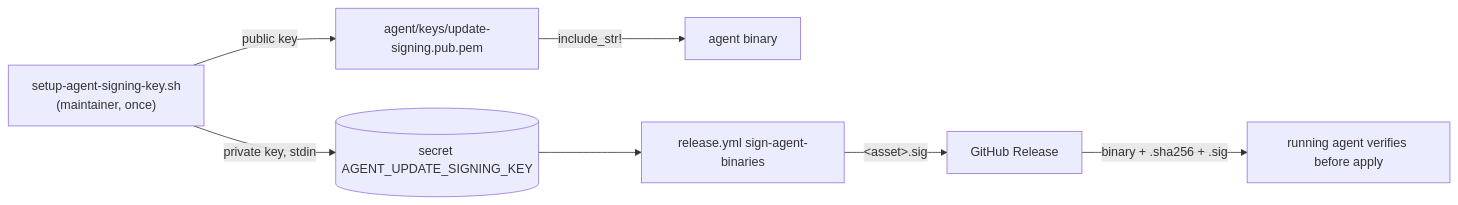
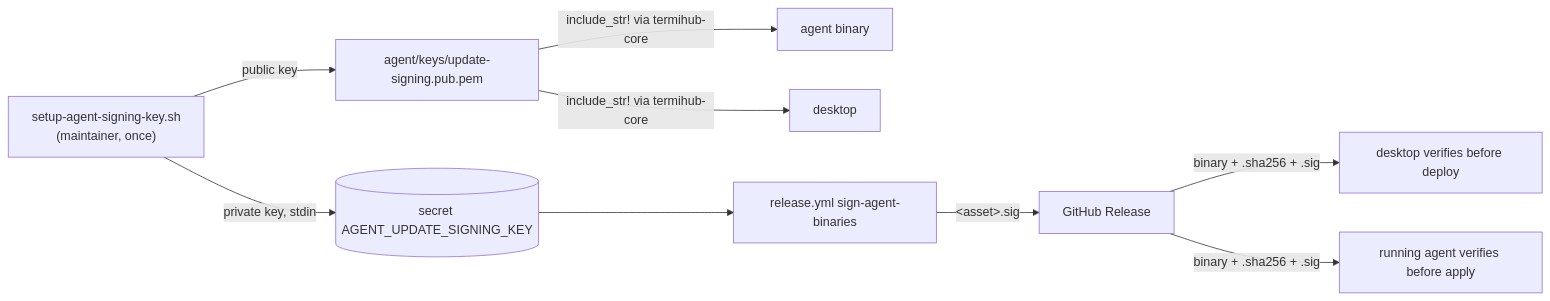
One commit to armaxri/termiHub changed the diagram in docs/contributing.md. Above: the diagram before and after it, drawn with Mermaid. The commit also changed other lines of this file and 10 other files, not shown here.

First line of the commit message:
feat(agent): verify the agent binary signature on the desktop before any deploy

````diff
--- a/docs/contributing.md
+++ b/docs/contributing.md
@@ -1461,9 +1464,11 @@
 ```mermaid
 flowchart LR
     K["setup-agent-signing-key.sh<br/>(maintainer, once)"] -->|public key| P[agent/keys/update-signing.pub.pem]
     K -->|private key, stdin| S[(secret AGENT_UPDATE_SIGNING_KEY)]
-    P -->|include_str!| A[agent binary]
+    P -->|include_str! via termihub-core| A[agent binary]
+    P -->|include_str! via termihub-core| D[desktop]
     S --> R[release.yml sign-agent-binaries]
     R -->|"&lt;asset&gt;.sig"| G[GitHub Release]
+    G -->|binary + .sha256 + .sig| D2[desktop verifies before deploy]
     G -->|binary + .sha256 + .sig| A2[running agent verifies before apply]
 ```
````
